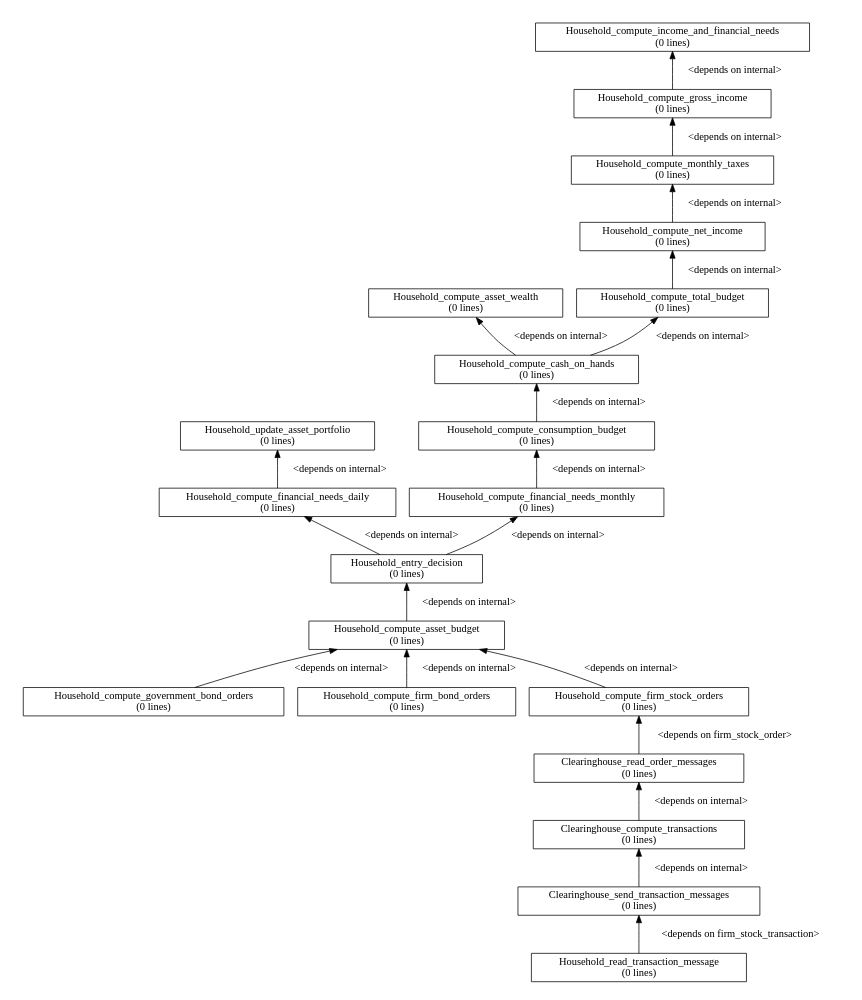
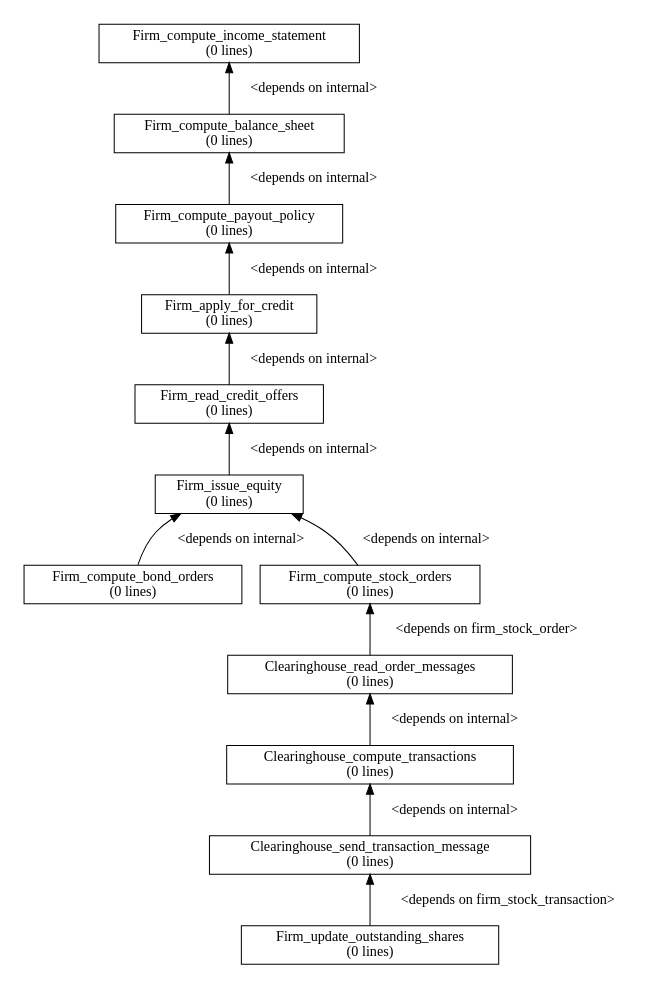
The diagram in models/ALM/alm_branches/initial/financial_management/dgraph.dot (ETACE/EURACE), drawn with Graphviz before and after one commit. The commit also changed 13 other files, not shown here.

```diff
--- a/models/ALM/alm_branches/initial/financial_management/dgraph.dot
+++ b/models/ALM/alm_branches/initial/financial_management/dgraph.dot
@@ -1,48 +1,32 @@
 digraph dependency_graph {
 	rankdir=BT;
 	size="8,5"
 	node [shape = rect];
 	
 	/* Functions */
-	Clearinghouse_send_transaction_messages[height = 0.000000, label = "Clearinghouse_send_transaction_messages\n(0 lines)"]
+	Clearinghouse_send_transaction_message[height = 0.000000, label = "Clearinghouse_send_transaction_message\n(0 lines)"]
 	Clearinghouse_compute_transactions[height = 0.000000, label = "Clearinghouse_compute_transactions\n(0 lines)"]
 	Clearinghouse_read_order_messages[height = 0.000000, label = "Clearinghouse_read_order_messages\n(0 lines)"]
-	Household_read_transaction_message[height = 0.000000, label = "Household_read_transaction_message\n(0 lines)"]
-	Household_compute_firm_stock_orders[height = 0.000000, label = "Household_compute_firm_stock_orders\n(0 lines)"]
-	Household_compute_government_bond_orders[height = 0.000000, label = "Household_compute_government_bond_orders\n(0 lines)"]
-	Household_compute_firm_bond_orders[height = 0.000000, label = "Household_compute_firm_bond_orders\n(0 lines)"]
-	Household_compute_asset_budget[height = 0.000000, label = "Household_compute_asset_budget\n(0 lines)"]
-	Household_entry_decision[height = 0.000000, label = "Household_entry_decision\n(0 lines)"]
-	Household_compute_financial_needs_daily[height = 0.000000, label = "Household_compute_financial_needs_daily\n(0 lines)"]
-	Household_update_asset_portfolio[height = 0.000000, label = "Household_update_asset_portfolio\n(0 lines)"]
-	Household_compute_financial_needs_monthly[height = 0.000000, label = "Household_compute_financial_needs_monthly\n(0 lines)"]
-	Household_compute_consumption_budget[height = 0.000000, label = "Household_compute_consumption_budget\n(0 lines)"]
-	Household_compute_cash_on_hands[height = 0.000000, label = "Household_compute_cash_on_hands\n(0 lines)"]
-	Household_compute_asset_wealth[height = 0.000000, label = "Household_compute_asset_wealth\n(0 lines)"]
-	Household_compute_total_budget[height = 0.000000, label = "Household_compute_total_budget\n(0 lines)"]
-	Household_compute_net_income[height = 0.000000, label = "Household_compute_net_income\n(0 lines)"]
-	Household_compute_monthly_taxes[height = 0.000000, label = "Household_compute_monthly_taxes\n(0 lines)"]
-	Household_compute_gross_income[height = 0.000000, label = "Household_compute_gross_income\n(0 lines)"]
-	Household_compute_income_and_financial_needs[height = 0.000000, label = "Household_compute_income_and_financial_needs\n(0 lines)"]
+	Firm_update_outstanding_shares[height = 0.000000, label = "Firm_update_outstanding_shares\n(0 lines)"]
+	Firm_compute_bond_orders[height = 0.000000, label = "Firm_compute_bond_orders\n(0 lines)"]
+	Firm_compute_stock_orders[height = 0.000000, label = "Firm_compute_stock_orders\n(0 lines)"]
+	Firm_issue_equity[height = 0.000000, label = "Firm_issue_equity\n(0 lines)"]
+	Firm_read_credit_offers[height = 0.000000, label = "Firm_read_credit_offers\n(0 lines)"]
+	Firm_apply_for_credit[height = 0.000000, label = "Firm_apply_for_credit\n(0 lines)"]
+	Firm_compute_payout_policy[height = 0.000000, label = "Firm_compute_payout_policy\n(0 lines)"]
+	Firm_compute_balance_sheet[height = 0.000000, label = "Firm_compute_balance_sheet\n(0 lines)"]
+	Firm_compute_income_statement[height = 0.000000, label = "Firm_compute_income_statement\n(0 lines)"]
 	
 	/* Dependencies */
-	Clearinghouse_send_transaction_messages -> Clearinghouse_compute_transactions [ label = "<depends on internal>" ];
+	Clearinghouse_send_transaction_message -> Clearinghouse_compute_transactions [ label = "<depends on internal>" ];
 	Clearinghouse_compute_transactions -> Clearinghouse_read_order_messages [ label = "<depends on internal>" ];
-	Clearinghouse_read_order_messages -> Household_compute_firm_stock_orders [ label = "<depends on firm_stock_order>" ];
-	Household_read_transaction_message -> Clearinghouse_send_transaction_messages [ label = "<depends on firm_stock_transaction>" ];
-	Household_compute_firm_stock_orders -> Household_compute_asset_budget [ label = "<depends on internal>" ];
-	Household_compute_government_bond_orders -> Household_compute_asset_budget [ label = "<depends on internal>" ];
-	Household_compute_firm_bond_orders -> Household_compute_asset_budget [ label = "<depends on internal>" ];
-	Household_compute_asset_budget -> Household_entry_decision [ label = "<depends on internal>" ];
-	Household_entry_decision -> Household_compute_financial_needs_monthly [ label = "<depends on internal>" ];
-	Household_entry_decision -> Household_compute_financial_needs_daily [ label = "<depends on internal>" ];
-	Household_compute_financial_needs_daily -> Household_update_asset_portfolio [ label = "<depends on internal>" ];
-	Household_compute_financial_needs_monthly -> Household_compute_consumption_budget [ label = "<depends on internal>" ];
-	Household_compute_consumption_budget -> Household_compute_cash_on_hands [ label = "<depends on internal>" ];
-	Household_compute_cash_on_hands -> Household_compute_asset_wealth [ label = "<depends on internal>" ];
-	Household_compute_cash_on_hands -> Household_compute_total_budget [ label = "<depends on internal>" ];
-	Household_compute_total_budget -> Household_compute_net_income [ label = "<depends on internal>" ];
-	Household_compute_net_income -> Household_compute_monthly_taxes [ label = "<depends on internal>" ];
-	Household_compute_monthly_taxes -> Household_compute_gross_income [ label = "<depends on internal>" ];
-	Household_compute_gross_income -> Household_compute_income_and_financial_needs [ label = "<depends on internal>" ];
+	Clearinghouse_read_order_messages -> Firm_compute_stock_orders [ label = "<depends on firm_stock_order>" ];
+	Firm_update_outstanding_shares -> Clearinghouse_send_transaction_message [ label = "<depends on firm_stock_transaction>" ];
+	Firm_compute_bond_orders -> Firm_issue_equity [ label = "<depends on internal>" ];
+	Firm_compute_stock_orders -> Firm_issue_equity [ label = "<depends on internal>" ];
+	Firm_issue_equity -> Firm_read_credit_offers [ label = "<depends on internal>" ];
+	Firm_read_credit_offers -> Firm_apply_for_credit [ label = "<depends on internal>" ];
+	Firm_apply_for_credit -> Firm_compute_payout_policy [ label = "<depends on internal>" ];
+	Firm_compute_payout_policy -> Firm_compute_balance_sheet [ label = "<depends on internal>" ];
+	Firm_compute_balance_sheet -> Firm_compute_income_statement [ label = "<depends on internal>" ];
 }
```
